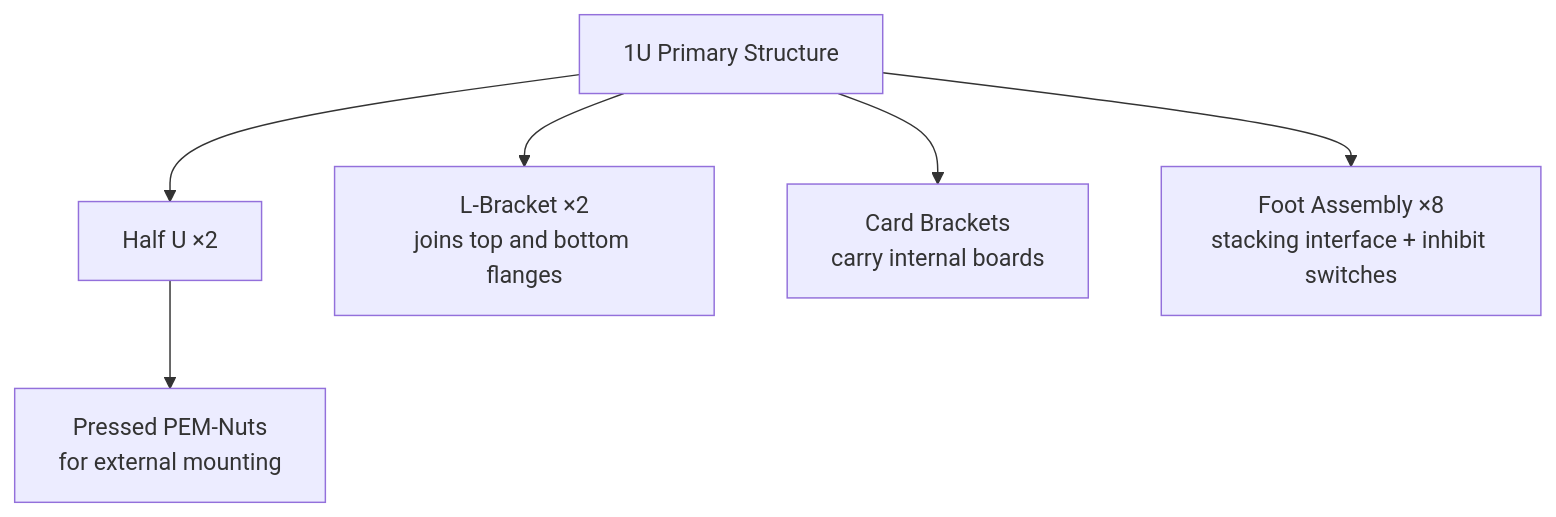
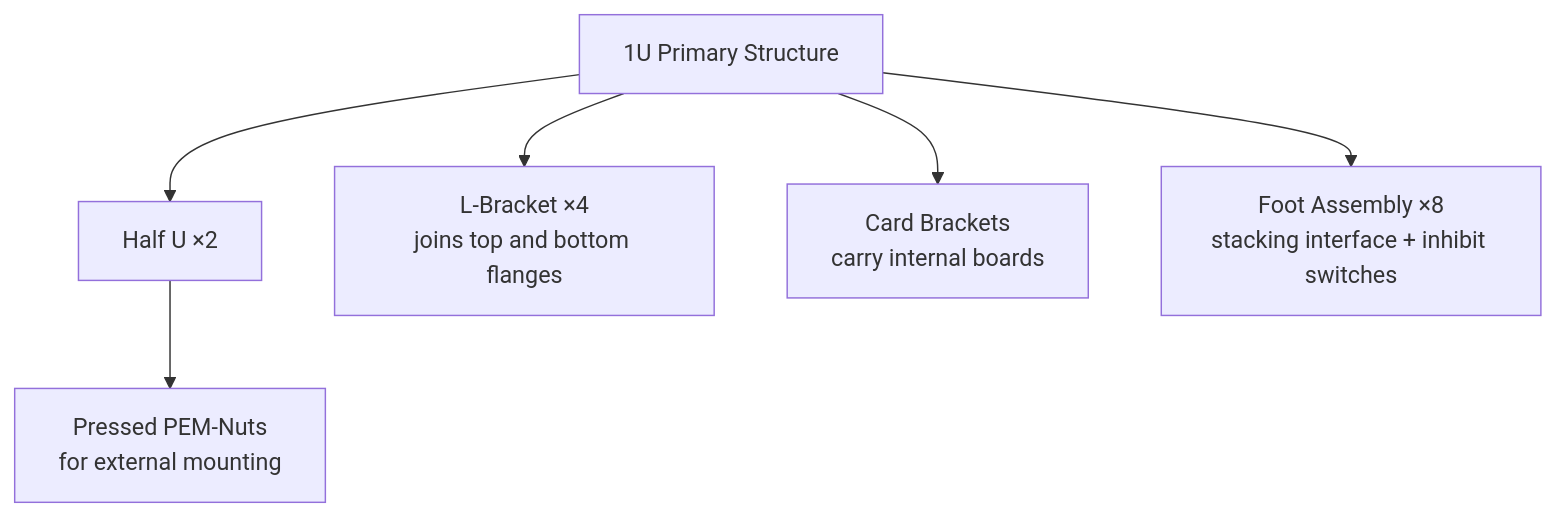
One commit to proveskit/Documentation changed the diagram in docs/core_documentation/hardware/1U_structure.md. Above: the diagram before and after it, drawn with Mermaid. The commit also changed other lines of this file and 2 other files, not shown here.

First line of the commit message:
docs: correct L-bracket count, Orpheus launch, and the payload and mechanism cards

````diff
--- a/docs/core_documentation/hardware/1U_structure.md
+++ b/docs/core_documentation/hardware/1U_structure.md
@@ -23,9 +23,9 @@
 ```mermaid
 flowchart TB
     S["1U Primary Structure"]
     S --> HU["Half U ×2"]
-    S --> LB["L-Bracket ×2<br>joins top and bottom flanges"]
+    S --> LB["L-Bracket ×4<br>joins top and bottom flanges"]
     S --> CB["Card Brackets<br>carry internal boards"]
     S --> FT["Foot Assembly ×8<br>stacking interface + inhibit switches"]
     HU --> PEM["Pressed PEM-Nuts<br>for external mounting"]
 ```
````
